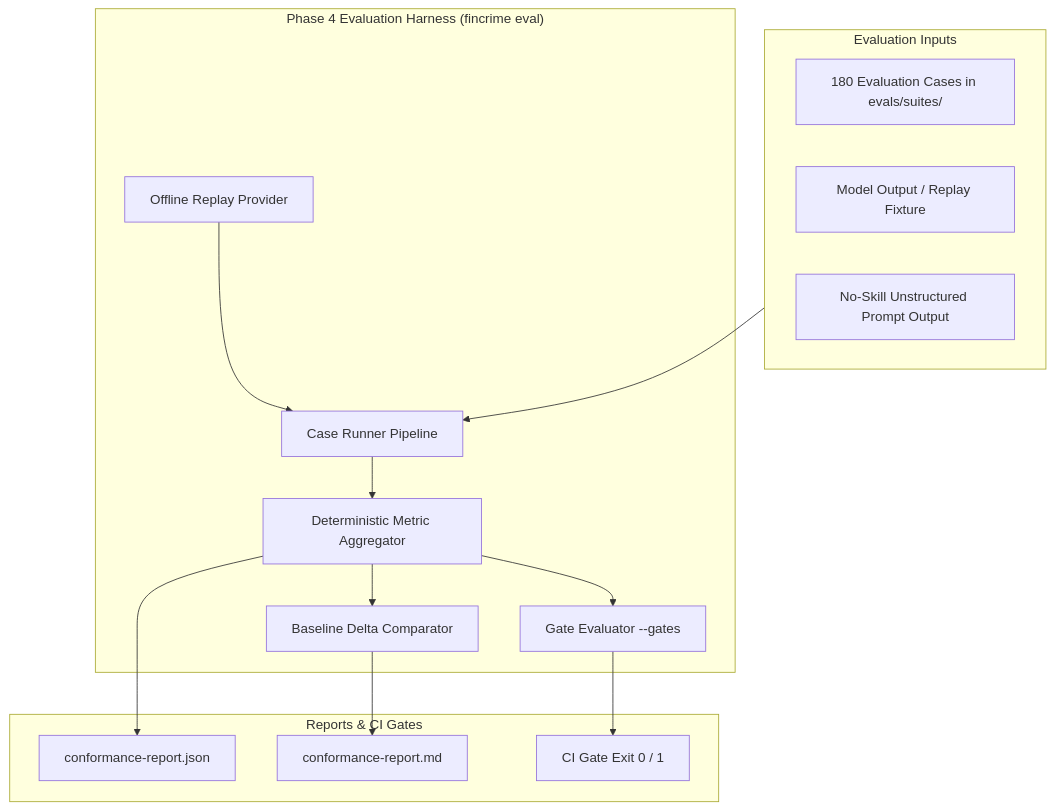
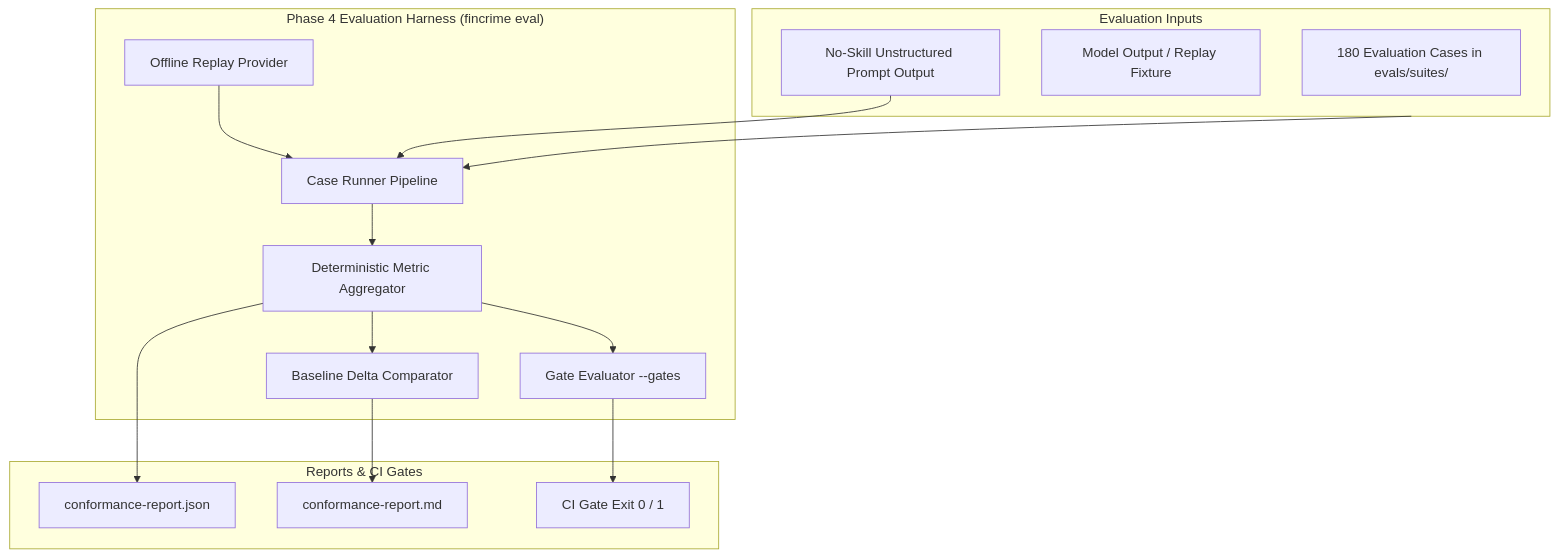
One commit to Souptik96/fincrime-skills changed the diagram in docs/phase-4-handoff.md. Above: the diagram before and after it, drawn with Mermaid. The commit also changed other lines of this file and 647 other files, not shown here.

````diff
--- a/docs/phase-4-handoff.md
+++ b/docs/phase-4-handoff.md
@@ -97,31 +98,32 @@
 ```mermaid
 flowchart TD
     subgraph Inputs ["Evaluation Inputs"]
         Suites[180 Evaluation Cases in evals/suites/]
         Candidate[Model Output / Replay Fixture]
         Baseline[No-Skill Unstructured Prompt Output]
     end
 
     subgraph Harness ["Phase 4 Evaluation Harness (fincrime eval)"]
         Runner[Case Runner Pipeline]
         Replay[Offline Replay Provider]
         Scorer[Deterministic Metric Aggregator]
         Delta[Baseline Delta Comparator]
         Gate[Gate Evaluator --gates]
     end
 
     subgraph Outputs ["Reports & CI Gates"]
         ReportJSON[conformance-report.json]
         ReportMD[conformance-report.md]
         CIGate[CI Gate Exit 0 / 1]
     end
 
     Inputs --> Runner
     Replay --> Runner
+    Baseline --> Runner
     Runner --> Scorer
     Scorer --> Delta
     Scorer --> Gate
     Gate --> CIGate
     Scorer --> ReportJSON
     Delta --> ReportMD
 ```
````
